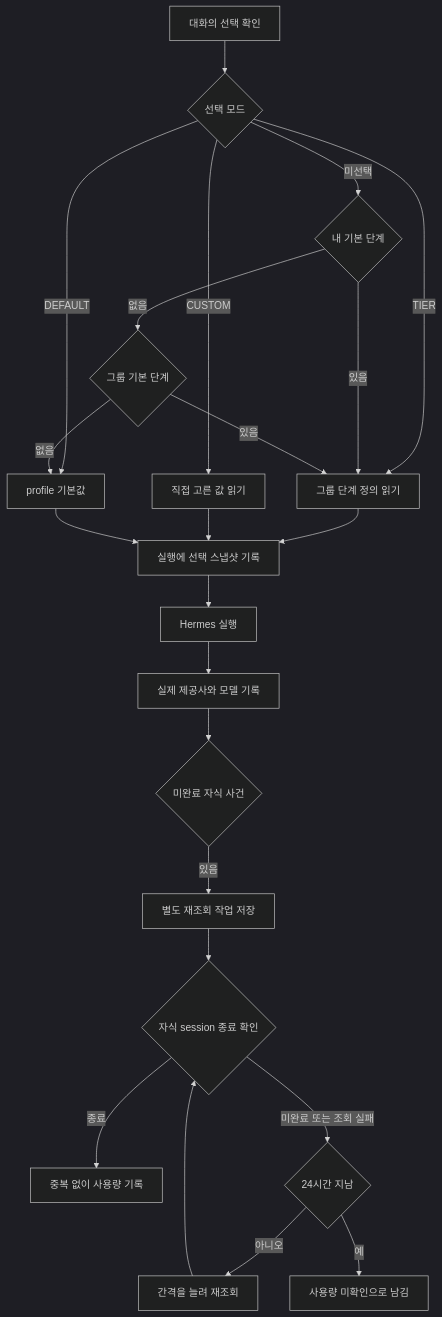
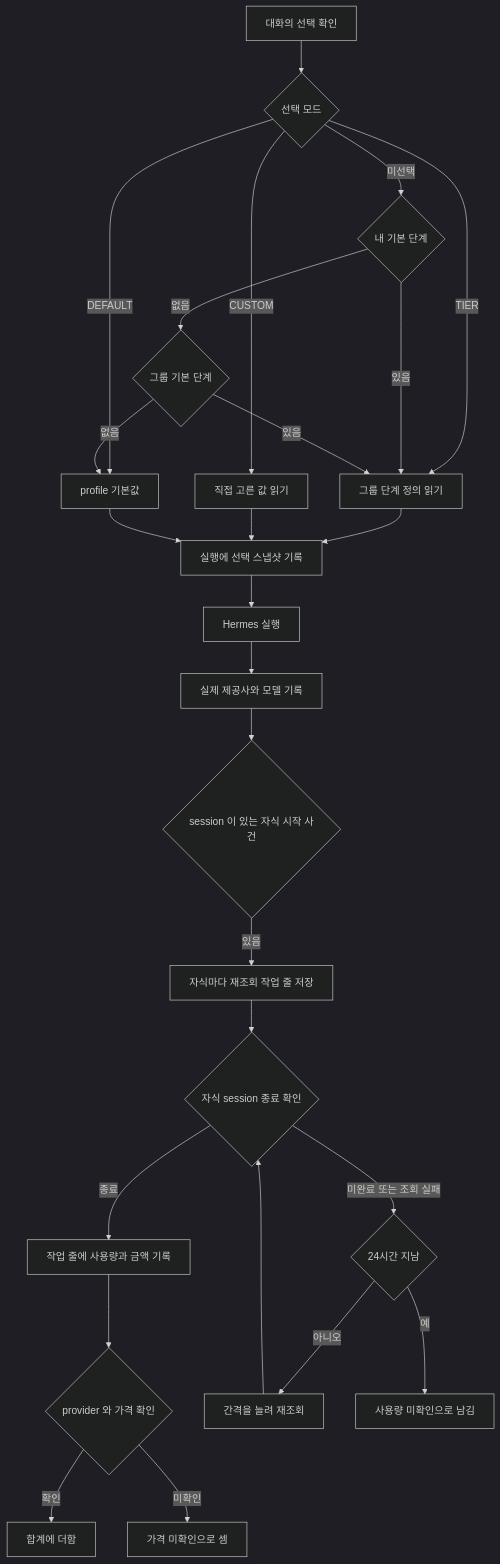
Before and after one commit to jon890/fos-assistant: the diagram in docs/backend/conversation.md, drawn with Mermaid (dark theme). The commit also changed other lines of this file and 7 other files, not shown here.

````diff
--- a/docs/backend/conversation.md
+++ b/docs/backend/conversation.md
@@ -234,25 +234,28 @@
 ```mermaid
 flowchart TD
     C[대화의 선택 확인] --> M{선택 모드}
     M -->|TIER| T[그룹 단계 정의 읽기]
     M -->|CUSTOM| A[직접 고른 값 읽기]
     M -->|DEFAULT| P[profile 기본값]
     M -->|미선택| U{내 기본 단계}
     U -->|있음| T
     U -->|없음| G{그룹 기본 단계}
     G -->|있음| T
     G -->|없음| P
     T --> R[실행에 선택 스냅샷 기록]
     A --> R
     P --> R
     R --> E[Hermes 실행]
     E --> F[실제 제공사와 모델 기록]
-    F --> S{미완료 자식 사건}
-    S -->|있음| J[별도 재조회 작업 저장]
+    F --> S{session 이 있는 자식 시작 사건}
+    S -->|있음| J[자식마다 재조회 작업 줄 저장]
     J --> Q{자식 session 종료 확인}
-    Q -->|종료| D[중복 없이 사용량 기록]
+    Q -->|종료| D[작업 줄에 사용량과 금액 기록]
+    D --> K{provider 와 가격 확인}
+    K -->|확인| L[합계에 더함]
+    K -->|미확인| N[가격 미확인으로 셈]
     Q -->|미완료 또는 조회 실패| B{24시간 지남}
     B -->|아니오| W[간격을 늘려 재조회]
     W --> Q
     B -->|예| X[사용량 미확인으로 남김]
 ```
````
